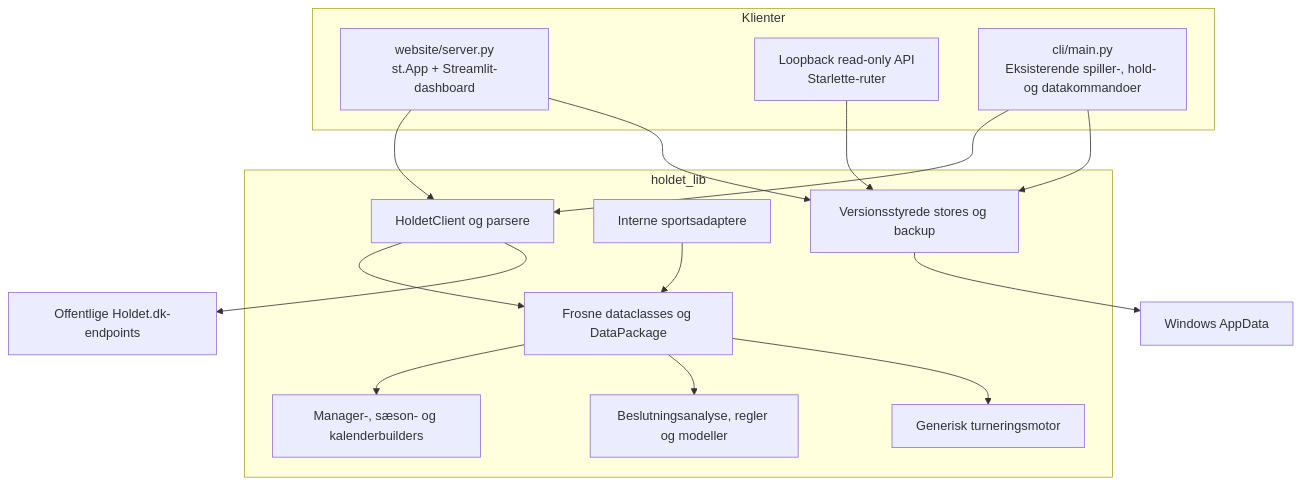
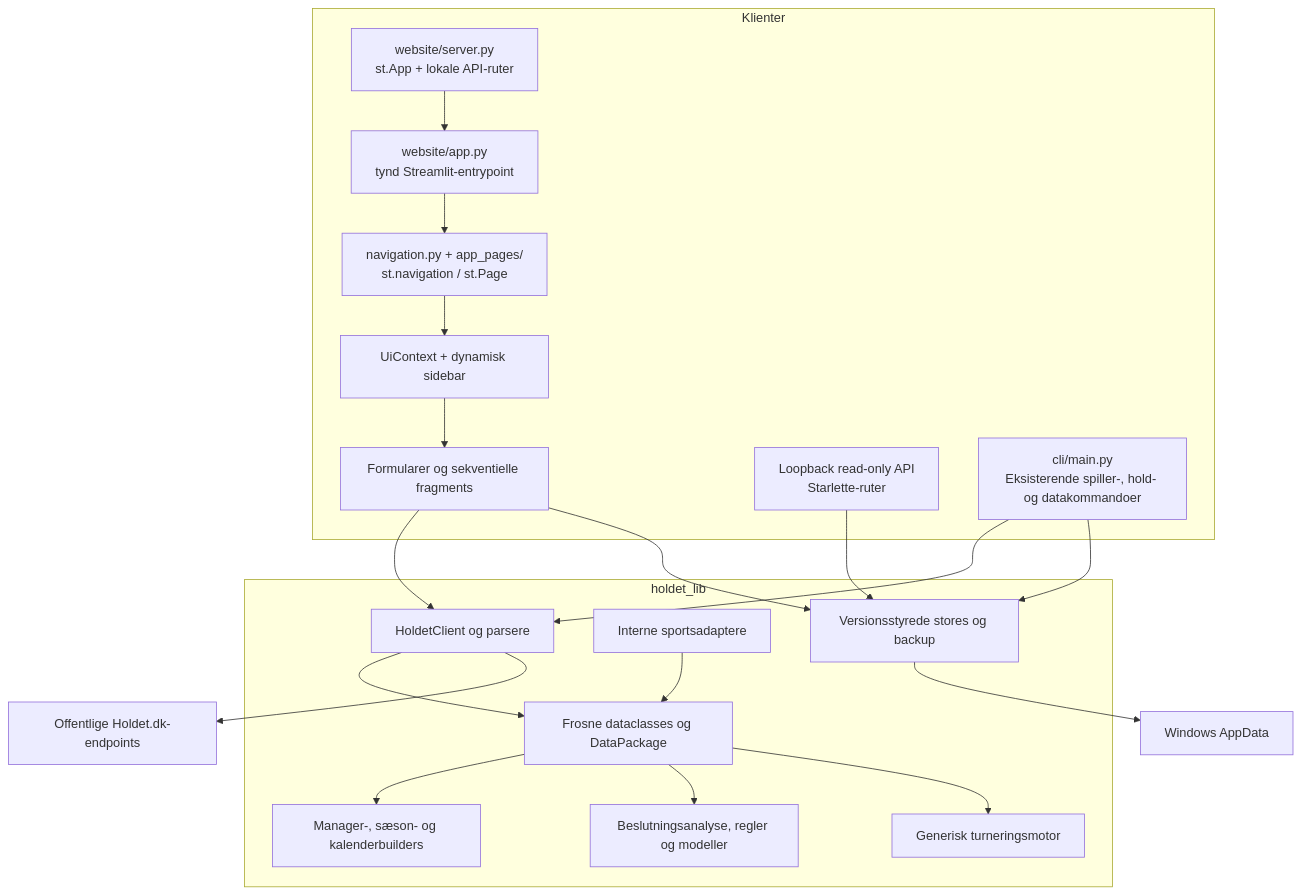
Before and after one commit to Peter537/holdet-fantasy-hub: the first of 4 diagrams in docs/architecture.md, drawn with Mermaid. The commit also changed other lines of this file and 44 other files, not shown here.

First line of the commit message:
modernize Streamlit navigation, state, and UI testing

````diff
--- a/docs/architecture.md
+++ b/docs/architecture.md
@@ -7,29 +7,37 @@
 ```mermaid
 flowchart TB
     subgraph Clients["Klienter"]
-        Web["website/server.py<br/>st.App + Streamlit-dashboard"]
+        Web["website/server.py<br/>st.App + lokale API-ruter"]
+        Shell["website/app.py<br/>tynd Streamlit-entrypoint"]
+        Pages["navigation.py + app_pages/<br/>st.navigation / st.Page"]
+        Context["UiContext + dynamisk sidebar"]
+        Fragments["Formularer og sekventielle fragments"]
         Api["Loopback read-only API<br/>Starlette-ruter"]
         Cli["cli/main.py<br/>Eksisterende spiller-, hold- og datakommandoer"]
     end
     subgraph Library["holdet_lib"]
         Fetch["HoldetClient og parsere"]
         Domain["Frosne dataclasses og DataPackage"]
         Adapters["Interne sportsadaptere"]
         Manager["Manager-, sæson- og kalenderbuilders"]
         Analysis["Beslutningsanalyse, regler og modeller"]
         Tournament["Generisk turneringsmotor"]
         Stores["Versionsstyrede stores og backup"]
     end
-    Web --> Fetch
+    Web --> Shell
+    Shell --> Pages
+    Pages --> Context
+    Context --> Fragments
+    Fragments --> Fetch
     Api --> Stores
     Cli --> Fetch
     Fetch --> Domain
     Adapters --> Domain
     Domain --> Manager
     Domain --> Analysis
     Domain --> Tournament
-    Web --> Stores
+    Fragments --> Stores
     Cli --> Stores
     Stores --> AppData["Windows AppData"]
     Fetch --> Holdet["Offentlige Holdet.dk-endpoints"]
 ```
````
